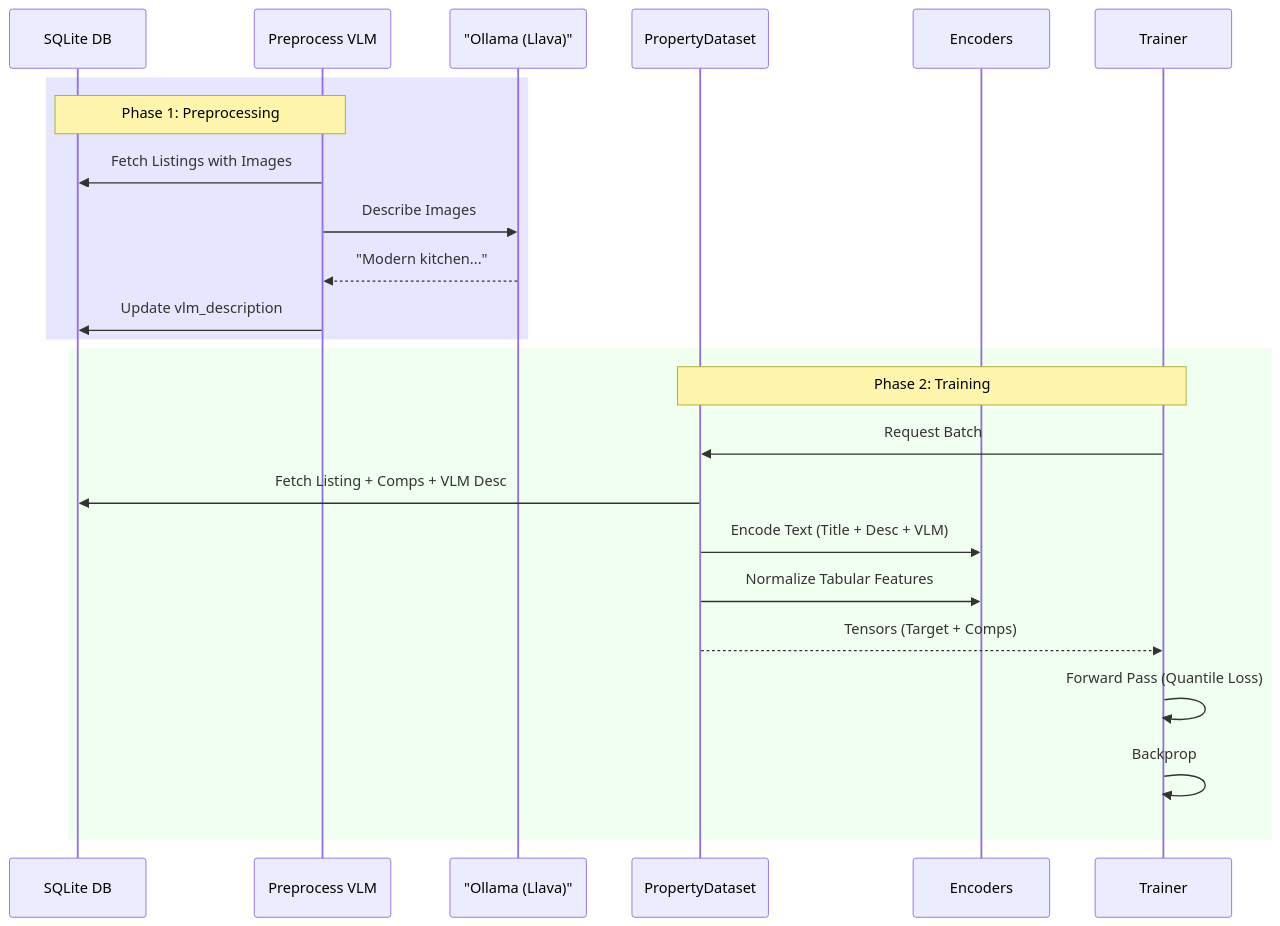
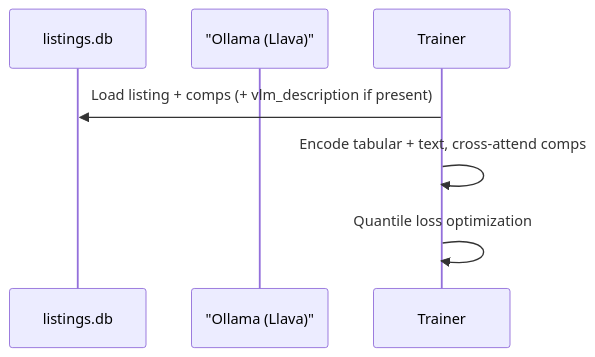
Before and after one commit to Nirtzur0/PropertyScanner: the third of 3 diagrams in docs/02_data_pipeline.md, drawn with Mermaid. The commit also changed other lines of this file and 54 other files, not shown here.

````diff
--- a/docs/02_data_pipeline.md
+++ b/docs/02_data_pipeline.md
@@ -40,30 +64,10 @@
 ```mermaid
 sequenceDiagram
-    participant DB as SQLite DB
-    participant VLM_Script as Preprocess VLM
+    participant DB as listings.db
     participant VLM as "Ollama (Llava)"
-    participant DS as PropertyDataset
-    participant Enc as Encoders
     participant Train as Trainer
 
-    rect rgb(230, 230, 255)
-        Note over VLM_Script, DB: Phase 1: Preprocessing
-        VLM_Script->>DB: Fetch Listings with Images
-        VLM_Script->>VLM: Describe Images
-        VLM-->>VLM_Script: "Modern kitchen..."
-        VLM_Script->>DB: Update vlm_description
-    end
-
-    rect rgb(240, 255, 240)
-        Note over Train, DS: Phase 2: Training
-        Train->>DS: Request Batch
-        DS->>DB: Fetch Listing + Comps + VLM Desc
-
-        DS->>Enc: Encode Text (Title + Desc + VLM)
-        DS->>Enc: Normalize Tabular Features
-
-        DS-->>Train: Tensors (Target + Comps)
-        Train->>Train: Forward Pass (Quantile Loss)
-        Train->>Train: Backprop
-    end
+    Train->>DB: Load listing + comps (+ vlm_description if present)
+    Train->>Train: Encode tabular + text, cross-attend comps
+    Train->>Train: Quantile loss optimization
 ```
````
